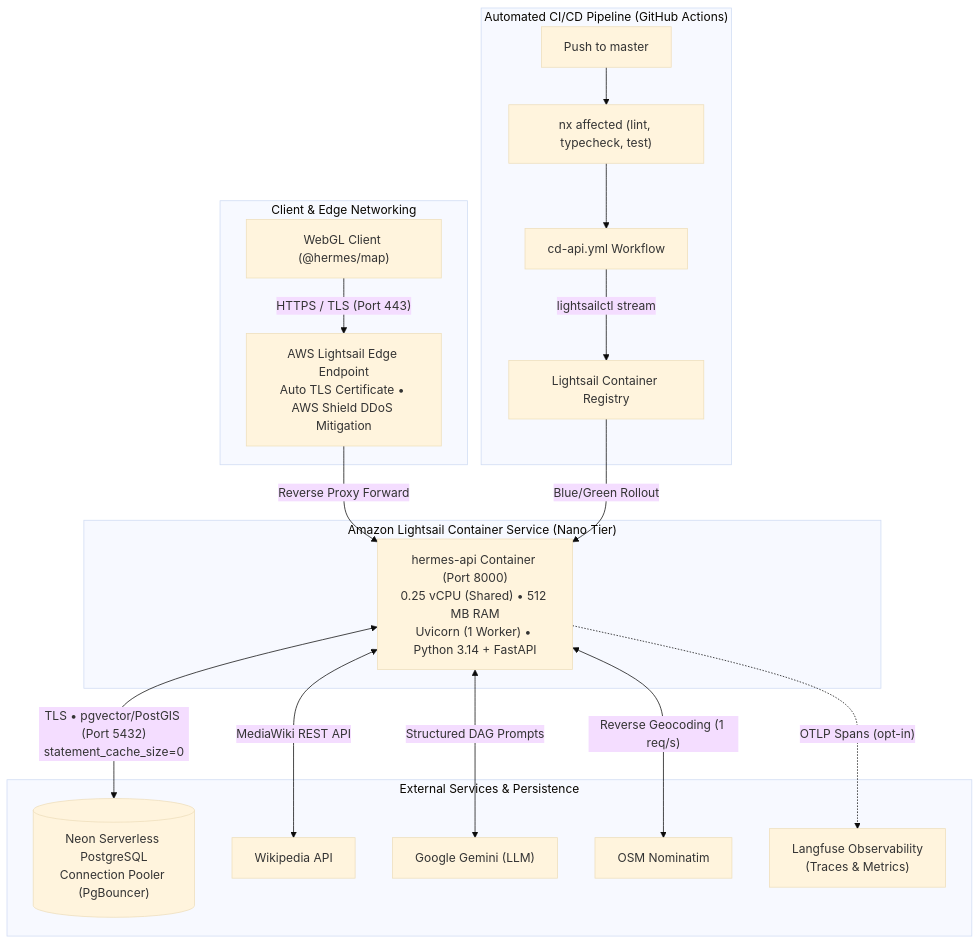
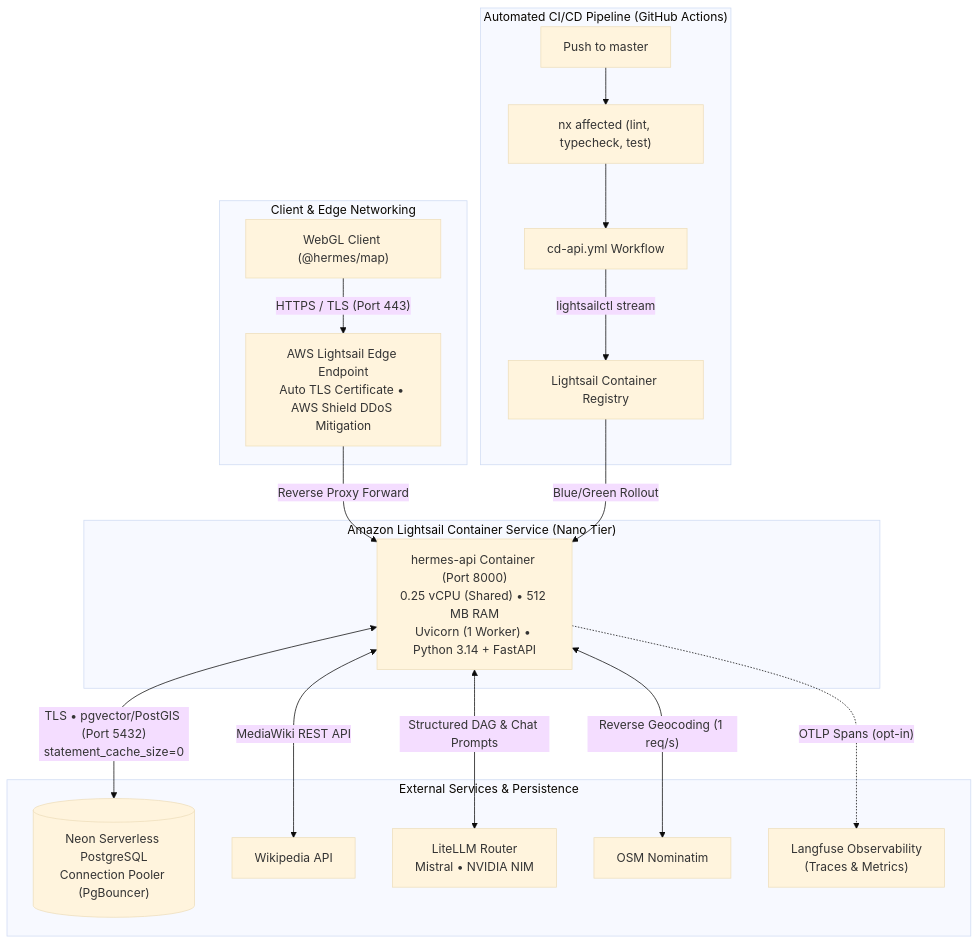
Before and after one commit to paavann/hermes: the fourth of 5 diagrams in apps/hermes-api/docs/architecture.md, drawn with Mermaid (base theme). The commit also changed other lines of this file and 19 other files, not shown here.

Commit message:
docs: updated readme, agents.md, and architecture documentations.

````diff
--- a/apps/hermes-api/docs/architecture.md
+++ b/apps/hermes-api/docs/architecture.md
@@ -227,25 +228,25 @@
 ```mermaid
 flowchart TD
     subgraph ClientLayer ["Client & Edge Networking"]
         Client["WebGL Client (@hermes/map)"] -->|"HTTPS / TLS (Port 443)"| Edge["AWS Lightsail Edge Endpoint\nAuto TLS Certificate • AWS Shield DDoS Mitigation"]
     end
 
     subgraph LightsailPaaS ["Amazon Lightsail Container Service (Nano Tier)"]
         Edge -->|"Reverse Proxy Forward"| Container["hermes-api Container (Port 8000)\n0.25 vCPU (Shared) • 512 MB RAM\nUvicorn (1 Worker) • Python 3.14 + FastAPI"]
     end
 
     subgraph DataServices ["External Services & Persistence"]
         Container <-->|"TLS • pgvector/PostGIS (Port 5432)\nstatement_cache_size=0"| Neon[("Neon Serverless PostgreSQL\nConnection Pooler (PgBouncer)")]
         Container <-->|"MediaWiki REST API"| Wikipedia["Wikipedia API"]
-        Container <-->|"Structured DAG Prompts"| Gemini["Google Gemini (LLM)"]
+        Container <-->|"Structured DAG & Chat Prompts"| LiteLLM["LiteLLM Router\nMistral • NVIDIA NIM"]
         Container <-->|"Reverse Geocoding (1 req/s)"| Nominatim["OSM Nominatim"]
         Container -.->|"OTLP Spans (opt-in)"| Langfuse["Langfuse Observability\n(Traces & Metrics)"]
     end
 
     subgraph CICD ["Automated CI/CD Pipeline (GitHub Actions)"]
         Commit["Push to master"] --> Validate["nx affected (lint, typecheck, test)"]
         Validate --> CD["cd-api.yml Workflow"]
         CD -->|"lightsailctl stream"| Registry["Lightsail Container Registry"]
         Registry -->|"Blue/Green Rollout"| Container
     end
 ```
````
